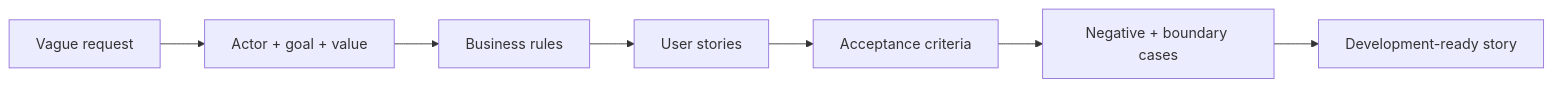
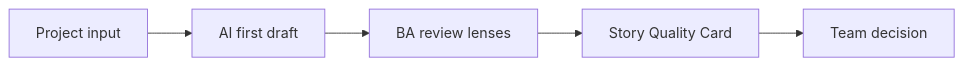
One commit to anhtnt90dev/ai-for-ba changed the first of 2 diagrams in docs/en/lessons/user-stories-and-acceptance-criteria/index.md. Above: the diagram before and after it, drawn with Mermaid. The commit also changed other lines of this file and 40 other files, not shown here.

````diff
--- a/docs/en/lessons/user-stories-and-acceptance-criteria/index.md
+++ b/docs/en/lessons/user-stories-and-acceptance-criteria/index.md
@@ -68,9 +84,12 @@
 ```mermaid
 flowchart LR
-    A["Vague request"] --> B["Actor + goal + value"]
-    B --> C["Business rules"]
-    C --> D["User stories"]
-    D --> E["Acceptance criteria"]
-    E --> F["Negative + boundary cases"]
-    F --> G["Development-ready story"]
+    A["Project input"]
+    B["AI first draft"]
+    A --> B
+    C["BA review lenses"]
+    B --> C
+    D["Story Quality Card"]
+    C --> D
+    E["Team decision"]
+    D --> E
 ```
````
